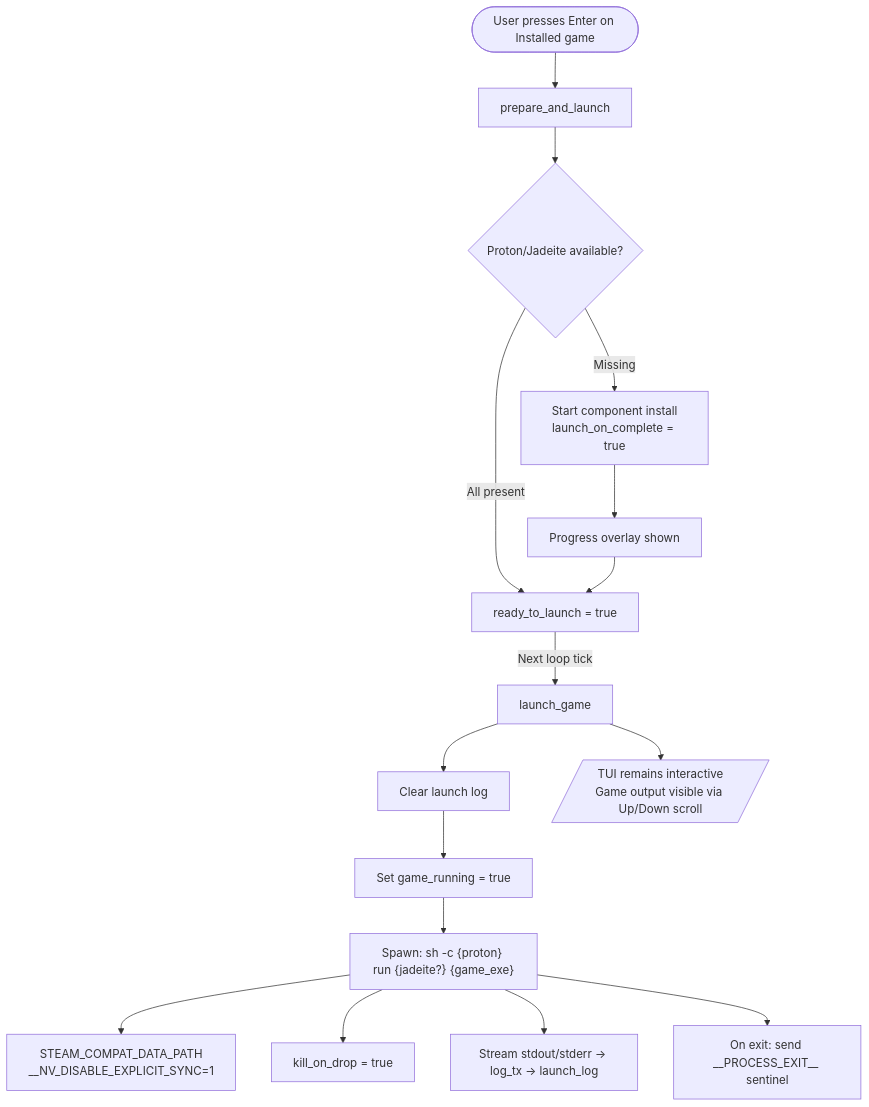
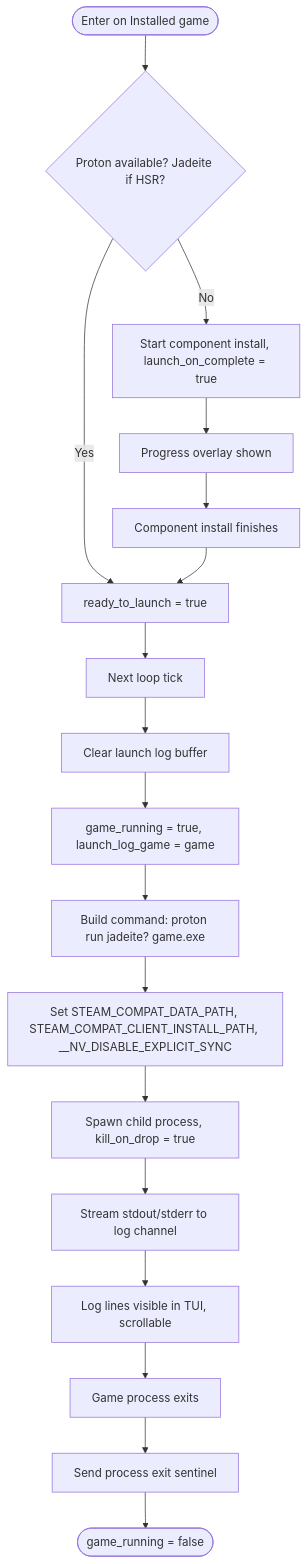
One commit to ChakornK/elysiae-tui changed diagram 15 of 21 in UX.md. Above: the diagram before and after it, drawn with Mermaid. The commit also changed other lines of this file, not shown here.

````diff
--- a/UX.md
+++ b/UX.md
@@ -366,18 +375,20 @@
 ```mermaid
 flowchart TD
-    A([User presses Enter on Installed game]) --> B[prepare_and_launch]
-    B --> C{Proton/Jadeite available?}
-    C -->|All present| D[ready_to_launch = true]
-    C -->|Missing| E[Start component install<br/>launch_on_complete = true]
-    E --> F[Progress overlay shown]
-    F --> D
-    D -->|Next loop tick| G[launch_game]
-    G --> H[Clear launch log]
-    H --> I[Set game_running = true]
-    I --> J["Spawn: sh -c {proton} run {jadeite?} {game_exe}"]
-    J --> K[STEAM_COMPAT_DATA_PATH<br/>__NV_DISABLE_EXPLICIT_SYNC=1]
-    J --> L[kill_on_drop = true]
-    J --> M[Stream stdout/stderr → log_tx → launch_log]
-    J --> N[On exit: send __PROCESS_EXIT__ sentinel]
-    G --> O[/TUI remains interactive<br/>Game output visible via Up/Down scroll/]
+    Press([Enter on Installed game]) --> CheckComp{Proton available? Jadeite if HSR?}
+    CheckComp -->|Yes| SetReady[ready_to_launch = true]
+    CheckComp -->|No| InstallComp[Start component install, launch_on_complete = true]
+    InstallComp --> Progress[Progress overlay shown]
+    Progress --> CompDone[Component install finishes]
+    CompDone --> SetReady
+    SetReady --> NextTick[Next loop tick]
+    NextTick --> ClearLog[Clear launch log buffer]
+    ClearLog --> SetRunning[game_running = true, launch_log_game = game]
+    SetRunning --> BuildCmd[Build command: proton run jadeite? game.exe]
+    BuildCmd --> SetEnv[Set STEAM_COMPAT_DATA_PATH, STEAM_COMPAT_CLIENT_INSTALL_PATH, __NV_DISABLE_EXPLICIT_SYNC]
+    SetEnv --> SpawnProc[Spawn child process, kill_on_drop = true]
+    SpawnProc --> PipeOutput[Stream stdout/stderr to log channel]
+    PipeOutput --> StreamLog[Log lines visible in TUI, scrollable]
+    StreamLog --> Exit[Game process exits]
+    Exit --> Sentinel[Send process exit sentinel]
+    Sentinel --> ClearRunning([game_running = false])
 ```
````
